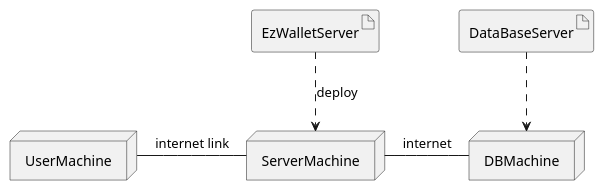
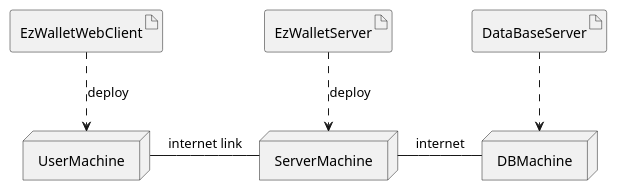
The fifth of 5 diagrams in RequirementsDocumentV1.md (lara-m2000/ezwallet), drawn with PlantUML before and after one commit. The commit also changed other lines of this file, not shown here.

Commit message:
docs: added web client

````diff
--- a/RequirementsDocumentV1.md
+++ b/RequirementsDocumentV1.md
@@ -598,27 +599,29 @@
 ```plantuml
 @startuml
 
 
 artifact EzWalletServer
 node ServerMachine
 
 EzWalletServer ..> ServerMachine : deploy
 
 
 artifact DataBaseServer
 node DBMachine
 
 DataBaseServer ..> DBMachine
 
 
 
 ServerMachine - DBMachine : internet
 
+artifact EzWalletWebClient
+node UserMachine
 
-node UserMachine
+EzWalletWebClient ..> UserMachine : deploy
 
 UserMachine - ServerMachine : internet link
 
 
 @enduml
 ```
````
